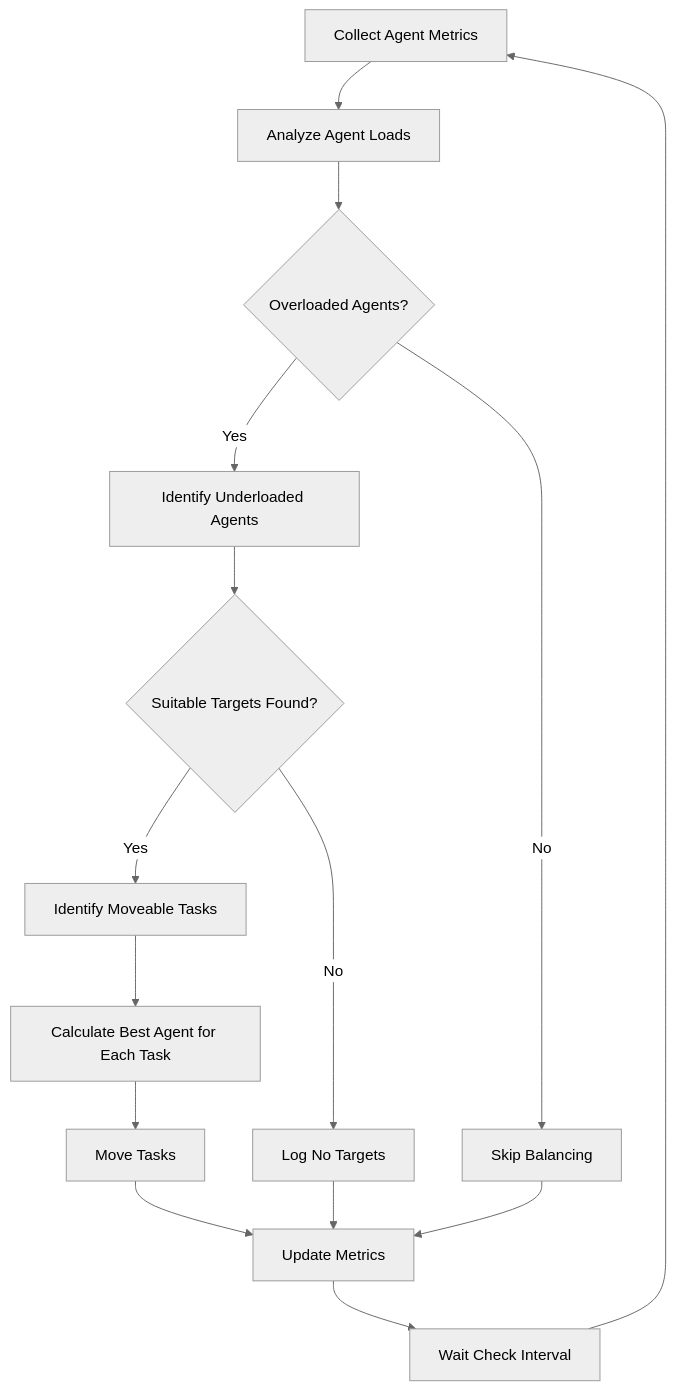
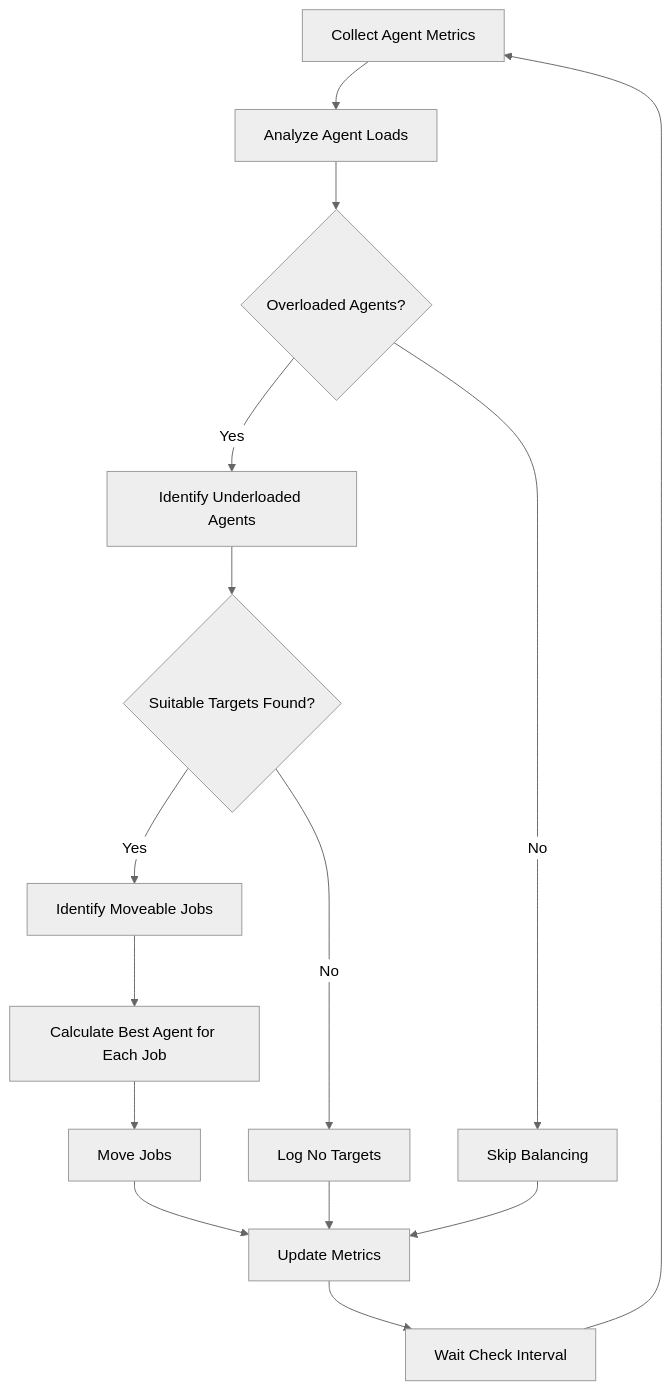
Before and after one commit to pilottai/pilottai: the diagram in docs/core/orchestration/load-balancer.mdx, drawn with Mermaid (neutral theme). The commit also changed other lines of this file and 69 other files, not shown here.

````diff
--- a/docs/core/orchestration/load-balancer.mdx
+++ b/docs/core/orchestration/load-balancer.mdx
@@ -135,21 +135,21 @@
 ```mermaid
 flowchart TD
     A[Collect Agent Metrics] --> B[Analyze Agent Loads]
     B --> C{Overloaded Agents?}
 
     C -->|Yes| D[Identify Underloaded Agents]
     C -->|No| E[Skip Balancing]
 
     D --> F{Suitable Targets Found?}
-    F -->|Yes| G[Identify Moveable Tasks]
+    F -->|Yes| G[Identify Moveable Jobs]
     F -->|No| H[Log No Targets]
 
-    G --> I[Calculate Best Agent for Each Task]
-    I --> J[Move Tasks]
+    G --> I[Calculate Best Agent for Each Job]
+    I --> J[Move Jobs]
     J --> K[Update Metrics]
     H --> K
     E --> K
 
     K --> L[Wait Check Interval]
     L --> A
 ```
````
